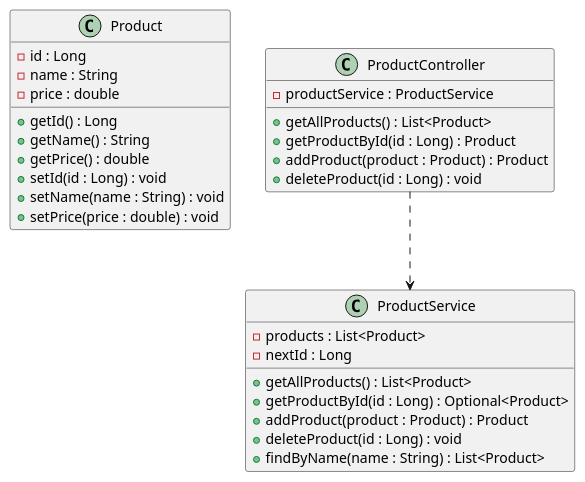
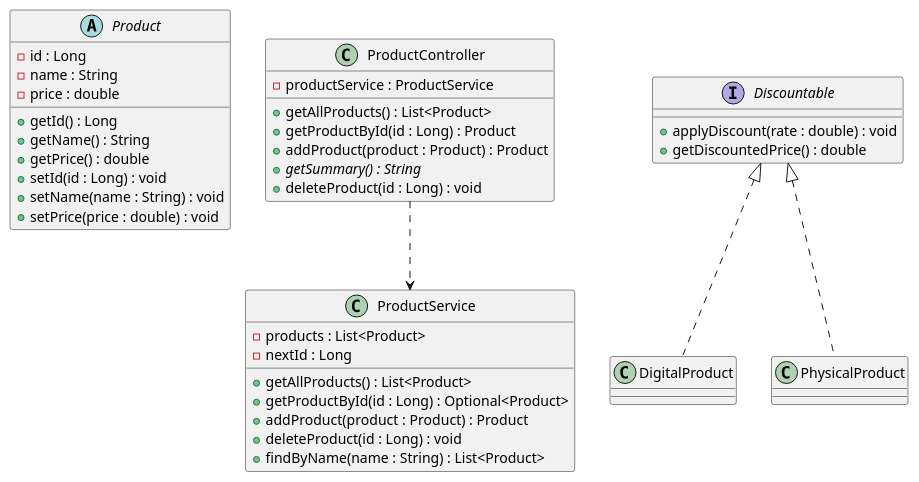
The diagram in Docs/uml/product.puml (vithum20241207/products-api), drawn with PlantUML before and after one commit. The commit also changed 6 other files, not shown here.

Commit message:
Tutorial 5:polymorphism - getSummary override and Discountable interface

```diff
--- a/Docs/uml/product.puml
+++ b/Docs/uml/product.puml
@@ -1,38 +1,45 @@
 @startuml
 
-class Product {
+abstract class Product {
 -   id : Long
 -	name : String
 -	price : double
   + getId() : Long
   + getName() : String
   + getPrice() : double
   + setId(id : Long) : void
   + setName(name : String) : void
   + setPrice(price : double) : void
 }
 
 class ProductService {
 -	products : List<Product>
 -	nextId : Long
   + getAllProducts() : List<Product>
   + getProductById(id : Long) : Optional<Product>
   + addProduct(product : Product) : Product
   + deleteProduct(id : Long) : void
   + findByName(name : String) : List<Product>
 }
 
 class ProductController {
 -	productService : ProductService
   + getAllProducts() : List<Product>
   + getProductById(id : Long) : Product
   + addProduct(product : Product) : Product
+  + {abstract} getSummary() : String
   + deleteProduct(id : Long) : void
 }
 
 ' ..> is a dependency: DASHED line, open arrow
 ProductController ..> ProductService
 
 ' --> is an association: SOLID line ProductService --> Product
 
+interface Discountable {
+    + applyDiscount(rate : double) : void
+    + getDiscountedPrice() : double
+}
+Discountable <|.. DigitalProduct
+Discountable <|.. PhysicalProduct
 @enduml
```
